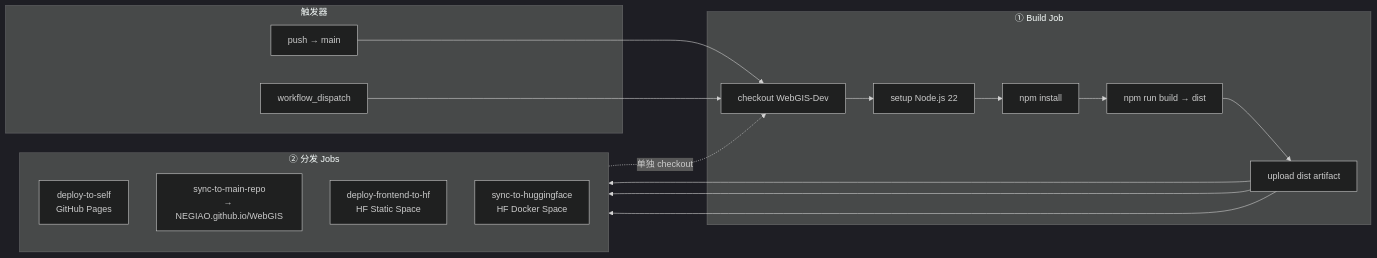
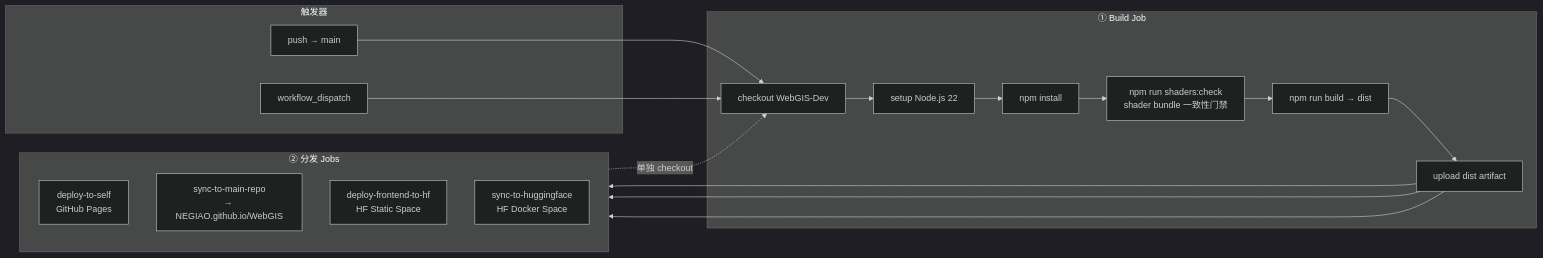
The diagram in Docs/Architecture/cicd-pipeline.md (NEGIAO/WebGIS-Dev), drawn with Mermaid (dark theme) before and after one commit. The commit also changed other lines of this file and 52 other files, not shown here.

````diff
--- a/Docs/Architecture/cicd-pipeline.md
+++ b/Docs/Architecture/cicd-pipeline.md
@@ -12,35 +12,36 @@
 ```mermaid
 flowchart LR
     subgraph TRIGGER["触发器"]
         PUSH["push → main"]
         MANUAL["workflow_dispatch"]
     end
 
     subgraph BUILD["① Build Job"]
         CHECKOUT["checkout WebGIS-Dev"]
         SETUP_NODE["setup Node.js 22"]
         NPM_INSTALL["npm install"]
+        SHADERS["npm run shaders:check<br/>shader bundle 一致性门禁"]
         NPM_BUILD["npm run build → dist"]
         UPLOAD["upload dist artifact"]
     end
 
     subgraph DISPENSE["② 分发 Jobs"]
         direction TB
         SELF["deploy-to-self
 GitHub Pages"]
         HOMEPAGE["sync-to-main-repo
 → NEGIAO.github.io/WebGIS"]
         HF_FE["deploy-frontend-to-hf
 HF Static Space"]
         HF_BE["sync-to-huggingface
 HF Docker Space"]
     end
 
     PUSH --> CHECKOUT
     MANUAL --> CHECKOUT
-    CHECKOUT --> SETUP_NODE --> NPM_INSTALL --> NPM_BUILD --> UPLOAD
+    CHECKOUT --> SETUP_NODE --> NPM_INSTALL --> SHADERS --> NPM_BUILD --> UPLOAD
     UPLOAD --> SELF
     UPLOAD --> HOMEPAGE
     UPLOAD --> HF_FE
     HF_BE -.->|"单独 checkout"| CHECKOUT
 ```
````
